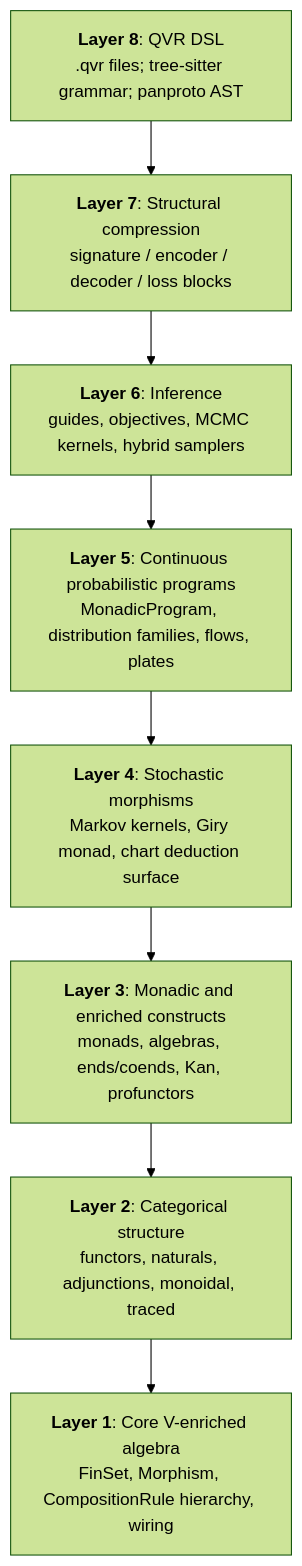
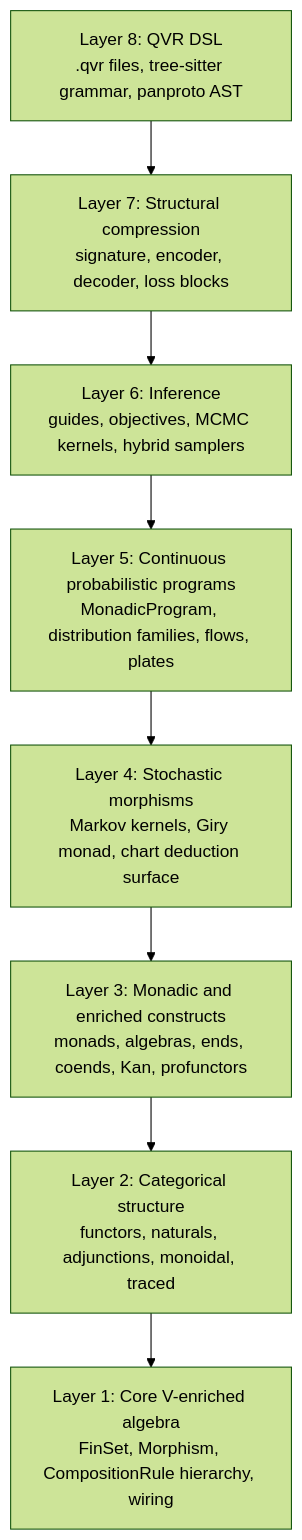
One commit to FACTSlab/quivers changed the first of 2 diagrams in docs/index.md. Above: the diagram before and after it, drawn with Mermaid (forest theme). The commit also changed other lines of this file and 45 other files, not shown here.

````diff
--- a/docs/index.md
+++ b/docs/index.md
@@ -11,12 +11,12 @@
 ```mermaid
 flowchart TB
-    L8[<b>Layer 8</b>: QVR DSL<br/>.qvr files; tree-sitter grammar; panproto AST]
-    L7[<b>Layer 7</b>: Structural compression<br/>signature / encoder / decoder / loss blocks]
-    L6[<b>Layer 6</b>: Inference<br/>guides, objectives, MCMC kernels, hybrid samplers]
-    L5[<b>Layer 5</b>: Continuous probabilistic programs<br/>MonadicProgram, distribution families, flows, plates]
-    L4[<b>Layer 4</b>: Stochastic morphisms<br/>Markov kernels, Giry monad, chart deduction surface]
-    L3[<b>Layer 3</b>: Monadic and enriched constructs<br/>monads, algebras, ends/coends, Kan, profunctors]
-    L2[<b>Layer 2</b>: Categorical structure<br/>functors, naturals, adjunctions, monoidal, traced]
-    L1[<b>Layer 1</b>: Core V-enriched algebra<br/>FinSet, Morphism, CompositionRule hierarchy, wiring]
+    L8["Layer 8: QVR DSL<br/>.qvr files, tree-sitter grammar, panproto AST"]
+    L7["Layer 7: Structural compression<br/>signature, encoder, decoder, loss blocks"]
+    L6["Layer 6: Inference<br/>guides, objectives, MCMC kernels, hybrid samplers"]
+    L5["Layer 5: Continuous probabilistic programs<br/>MonadicProgram, distribution families, flows, plates"]
+    L4["Layer 4: Stochastic morphisms<br/>Markov kernels, Giry monad, chart deduction surface"]
+    L3["Layer 3: Monadic and enriched constructs<br/>monads, algebras, ends, coends, Kan, profunctors"]
+    L2["Layer 2: Categorical structure<br/>functors, naturals, adjunctions, monoidal, traced"]
+    L1["Layer 1: Core V-enriched algebra<br/>FinSet, Morphism, CompositionRule hierarchy, wiring"]
     L8 --> L7 --> L6 --> L5 --> L4 --> L3 --> L2 --> L1
 ```
````
